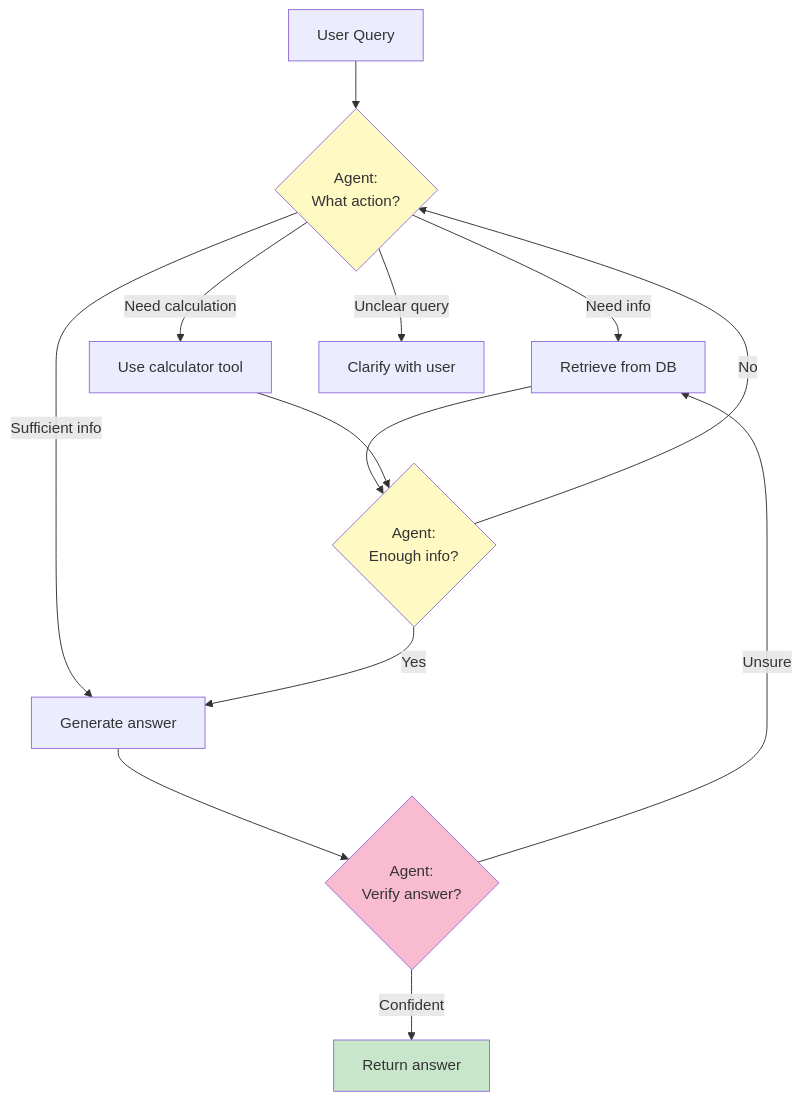
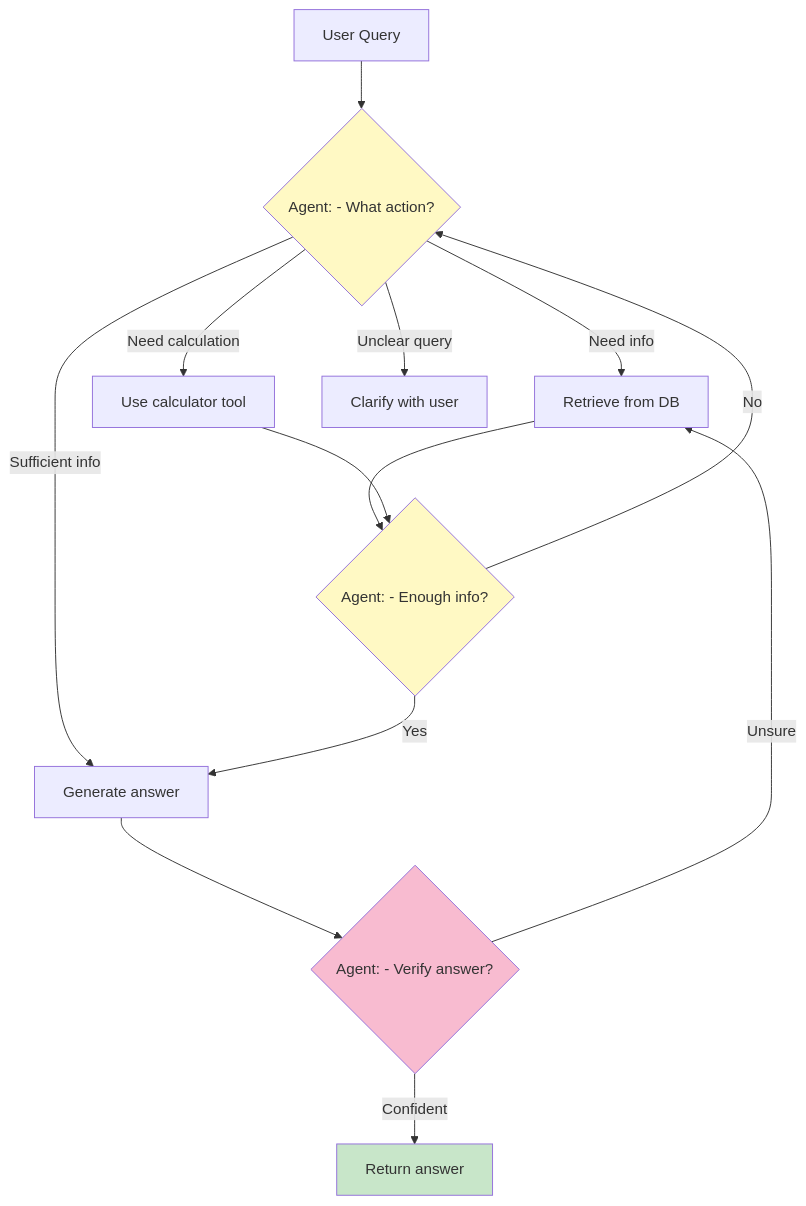
The fourth of 10 diagrams in docs/learning/08-advanced-rag.md (indhra/llm_rag_sec_findings), drawn with Mermaid before and after one commit. The commit also changed other lines of this file and 9 other files, not shown here.

````diff
--- a/docs/learning/08-advanced-rag.md
+++ b/docs/learning/08-advanced-rag.md
@@ -144,24 +144,24 @@
 ```mermaid
 graph TB
-    Q[User Query] --> A1{Agent:<br/>What action?}
+    Q[User Query] --> A1{Agent: - What action?}
     
     A1 -->|Need info| R[Retrieve from DB]
     A1 -->|Need calculation| C[Use calculator tool]
     A1 -->|Sufficient info| G[Generate answer]
     A1 -->|Unclear query| CL[Clarify with user]
     
-    R --> A2{Agent:<br/>Enough info?}
+    R --> A2{Agent: - Enough info?}
     C --> A2
     
     A2 -->|No| A1
     A2 -->|Yes| G
     
-    G --> V{Agent:<br/>Verify answer?}
+    G --> V{Agent: - Verify answer?}
     V -->|Unsure| R
     V -->|Confident| OUT[Return answer]
     
     style A1 fill:#fff9c4
     style A2 fill:#fff9c4
     style V fill:#f8bbd0
     style OUT fill:#c8e6c9
 ```
````
